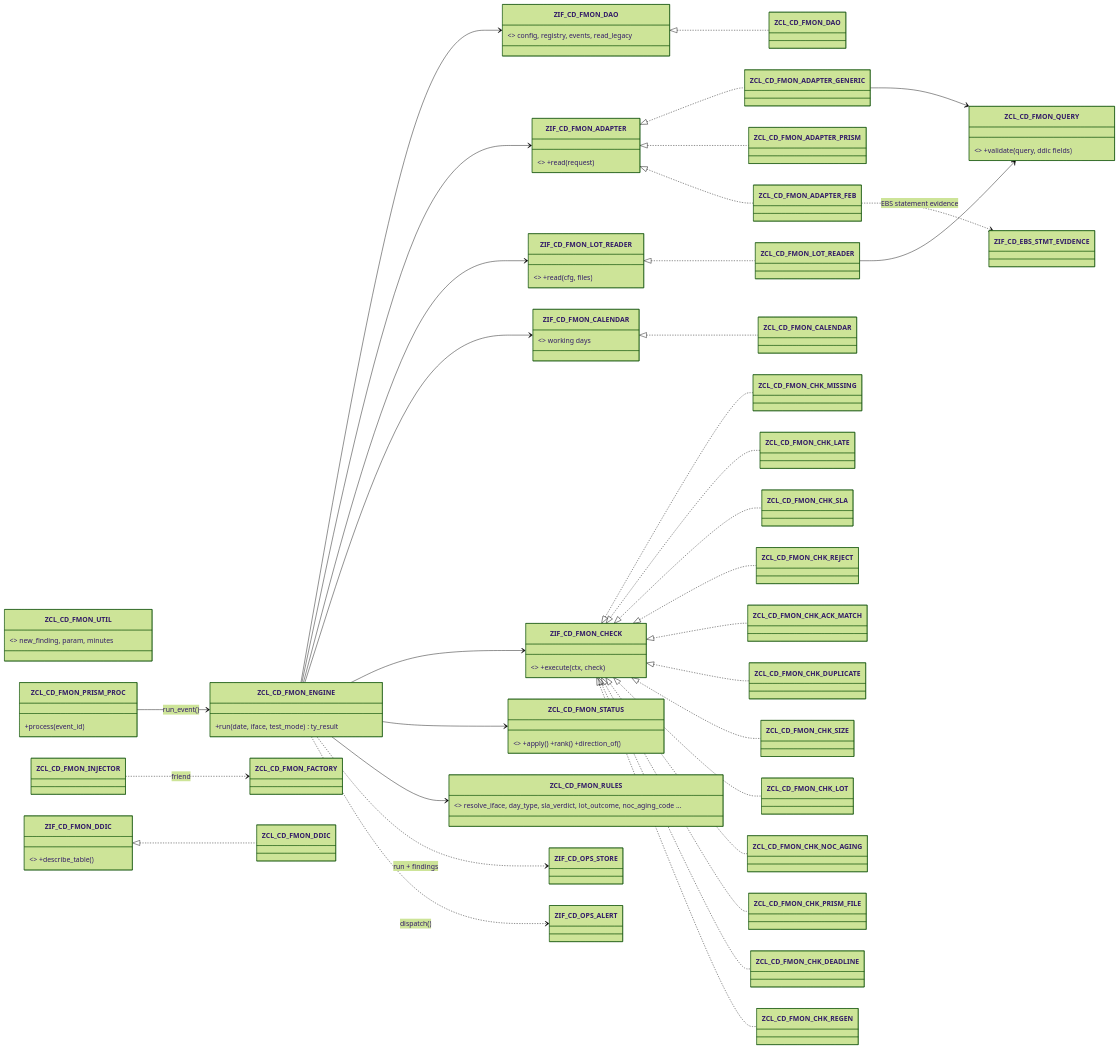
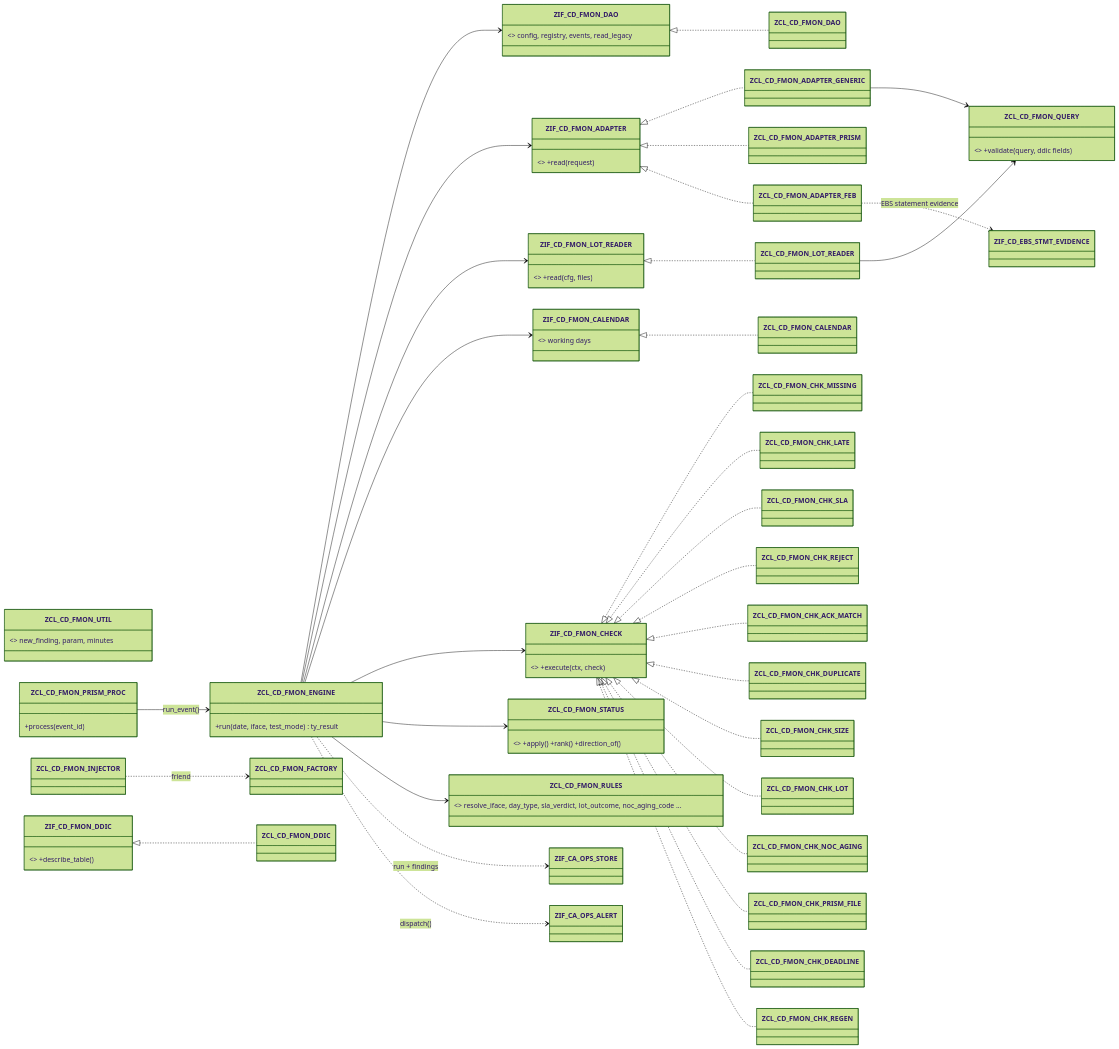
The second of 2 diagrams in ops-suite/docs/FMON_FILE_MONITORING.md (jaideep247/bai), drawn with Mermaid (forest theme) before and after one commit. The commit also changed other lines of this file and 777 other files, not shown here.

First line of the commit message:
ops-framework: extract ZCA_OPS from the ops suite - work in progress (sources moved, types / factory / util / params / purge / alert section split) [skip ci]

````diff
--- a/ops-suite/docs/FMON_FILE_MONITORING.md
+++ b/ops-suite/docs/FMON_FILE_MONITORING.md
@@ -317,51 +317,51 @@
 ```mermaid
 classDiagram
     direction LR
     class ZCL_CD_FMON_ENGINE { +run(date, iface, test_mode) ty_result }
     class ZCL_CD_FMON_STATUS { <<pure>> +apply() +rank() +direction_of() }
     class ZCL_CD_FMON_RULES { <<pure>> resolve_iface, day_type, sla_verdict, lot_outcome, noc_aging_code ... }
     class ZCL_CD_FMON_QUERY { <<pure>> +validate(query, ddic fields) }
     class ZCL_CD_FMON_UTIL { <<pure>> new_finding, param, minutes }
     class ZIF_CD_FMON_DAO { <<interface>> config, registry, events, read_legacy }
     class ZIF_CD_FMON_ADAPTER { <<interface>> +read(request) }
     class ZIF_CD_FMON_LOT_READER { <<interface>> +read(cfg, files) }
     class ZIF_CD_FMON_CALENDAR { <<interface>> working days }
     class ZIF_CD_FMON_DDIC { <<interface>> +describe_table() }
     class ZIF_CD_FMON_CHECK { <<interface>> +execute(ctx, check) }
     class ZCL_CD_FMON_FACTORY
     class ZCL_CD_FMON_INJECTOR
     ZCL_CD_FMON_ENGINE --> ZIF_CD_FMON_DAO
     ZCL_CD_FMON_ENGINE --> ZIF_CD_FMON_ADAPTER
     ZCL_CD_FMON_ENGINE --> ZIF_CD_FMON_LOT_READER
     ZCL_CD_FMON_ENGINE --> ZIF_CD_FMON_CALENDAR
     ZCL_CD_FMON_ENGINE --> ZIF_CD_FMON_CHECK
     ZCL_CD_FMON_ENGINE --> ZCL_CD_FMON_STATUS
     ZCL_CD_FMON_ENGINE --> ZCL_CD_FMON_RULES
-    ZCL_CD_FMON_ENGINE ..> ZIF_CD_OPS_STORE : run + findings
-    ZCL_CD_FMON_ENGINE ..> ZIF_CD_OPS_ALERT : dispatch()
+    ZCL_CD_FMON_ENGINE ..> ZIF_CA_OPS_STORE : run + findings
+    ZCL_CD_FMON_ENGINE ..> ZIF_CA_OPS_ALERT : dispatch()
     ZIF_CD_FMON_DAO <|.. ZCL_CD_FMON_DAO
     ZIF_CD_FMON_ADAPTER <|.. ZCL_CD_FMON_ADAPTER_GENERIC
     ZIF_CD_FMON_LOT_READER <|.. ZCL_CD_FMON_LOT_READER
     ZIF_CD_FMON_CALENDAR <|.. ZCL_CD_FMON_CALENDAR
     ZIF_CD_FMON_DDIC <|.. ZCL_CD_FMON_DDIC
     ZCL_CD_FMON_ADAPTER_GENERIC --> ZCL_CD_FMON_QUERY
     ZCL_CD_FMON_LOT_READER --> ZCL_CD_FMON_QUERY
     ZIF_CD_FMON_CHECK <|.. ZCL_CD_FMON_CHK_MISSING
     ZIF_CD_FMON_CHECK <|.. ZCL_CD_FMON_CHK_LATE
     ZIF_CD_FMON_CHECK <|.. ZCL_CD_FMON_CHK_SLA
     ZIF_CD_FMON_CHECK <|.. ZCL_CD_FMON_CHK_REJECT
     ZIF_CD_FMON_CHECK <|.. ZCL_CD_FMON_CHK_ACK_MATCH
     ZIF_CD_FMON_CHECK <|.. ZCL_CD_FMON_CHK_DUPLICATE
     ZIF_CD_FMON_CHECK <|.. ZCL_CD_FMON_CHK_SIZE
     ZIF_CD_FMON_CHECK <|.. ZCL_CD_FMON_CHK_LOT
     ZIF_CD_FMON_CHECK <|.. ZCL_CD_FMON_CHK_NOC_AGING
     ZIF_CD_FMON_CHECK <|.. ZCL_CD_FMON_CHK_PRISM_FILE
     ZIF_CD_FMON_ADAPTER <|.. ZCL_CD_FMON_ADAPTER_PRISM
     ZIF_CD_FMON_ADAPTER <|.. ZCL_CD_FMON_ADAPTER_FEB
     ZCL_CD_FMON_ADAPTER_FEB ..> ZIF_CD_EBS_STMT_EVIDENCE : EBS statement evidence
     ZIF_CD_FMON_CHECK <|.. ZCL_CD_FMON_CHK_DEADLINE
     ZIF_CD_FMON_CHECK <|.. ZCL_CD_FMON_CHK_REGEN
     class ZCL_CD_FMON_PRISM_PROC { +process(event_id) }
     ZCL_CD_FMON_PRISM_PROC --> ZCL_CD_FMON_ENGINE : run_event()
     ZCL_CD_FMON_INJECTOR ..> ZCL_CD_FMON_FACTORY : friend
 ```
````
